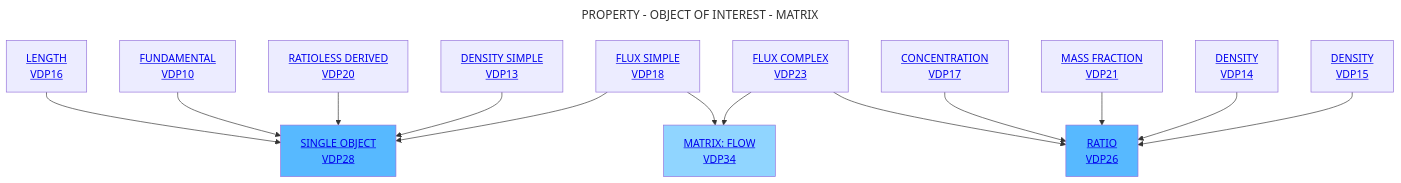
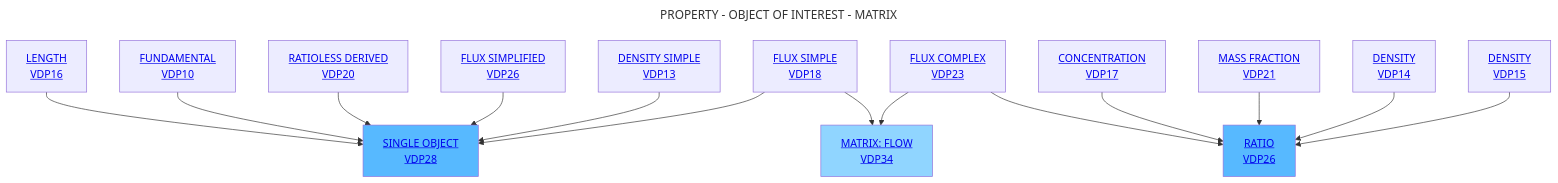
The diagram in Decisition_trees/DT6.mmd (mabablue/I-ADOPT-patterns-playground), drawn with Mermaid before and after one commit.

```diff
--- a/Decisition_trees/DT6.mmd
+++ b/Decisition_trees/DT6.mmd
@@ -1,19 +1,20 @@
 ---
 title: PROPERTY - OBJECT OF INTEREST - MATRIX
 ---
 flowchart TD
     A[<a href='https://github.com/mabablue/I-ADOPT-patterns-playground/blob/main/pattern/VDP16.yaml'>LENGTH <br> VDP16</a>] --> C[<a href='https://github.com/mabablue/I-ADOPT-patterns-playground/blob/main/pattern/VDP28.yaml'>SINGLE OBJECT <br> VDP28</a>]:::satblue
     B[<a href='https://github.com/mabablue/I-ADOPT-patterns-playground/blob/main/pattern/VDP10.yaml'>FUNDAMENTAL <br> VDP10</a>]  --> C
     D[<a href='https://github.com/mabablue/I-ADOPT-patterns-playground/blob/main/pattern/VDP20.yaml'>RATIOLESS DERIVED <br> VDP20</a>] --> C
+    E[<a href='https://github.com/mabablue/I-ADOPT-patterns-playground/blob/main/pattern/VDP20.yaml'>FLUX SIMPLIFIED <br> VDP26</a>] --> C
     H[<a href='https://github.com/mabablue/I-ADOPT-patterns-playground/blob/main/pattern/VDP13.yaml'>DENSITY SIMPLE <br> VDP13</a>] --> C
     I[<a href='https://github.com/mabablue/I-ADOPT-patterns-playground/blob/main/pattern/VDP23.yaml'>FLUX COMPLEX <br> VDP23</a>] --> F  
     M[<a href='https://github.com/mabablue/I-ADOPT-patterns-playground/blob/main/pattern/VDP17.yaml'>CONCENTRATION <br> VDP17</a>] --> F
     L[<a href='https://github.com/mabablue/I-ADOPT-patterns-playground/blob/main/pattern/VDP21.yaml'>MASS FRACTION <br> VDP21</a>] --> F[<a href='https://github.com/mabablue/I-ADOPT-patterns-playground/blob/main/pattern/VDP26.yaml'>RATIO <br> VDP26</a>]:::satblue
     Q[<a href='https://github.com/mabablue/I-ADOPT-patterns-playground/blob/main/pattern/VDP18.yaml'>FLUX SIMPLE <br> VDP18</a>] --> C
     O[<a href='https://github.com/mabablue/I-ADOPT-patterns-playground/blob/main/pattern/VDP14.yaml'>DENSITY <br> VDP14</a>] --> F
     P[<a href='https://github.com/mabablue/I-ADOPT-patterns-playground/blob/main/pattern/VDP15.yaml'>DENSITY <br> VDP15</a>] --> F
     Q --> K[<a href='https://github.com/mabablue/I-ADOPT-patterns-playground/blob/main/pattern/VDP34.yaml'>MATRIX: FLOW <br> VDP34</a>]:::blue
     I --> K
 
    classDef blue fill:#90D5FF
    classDef satblue fill:#57B9FF
```
